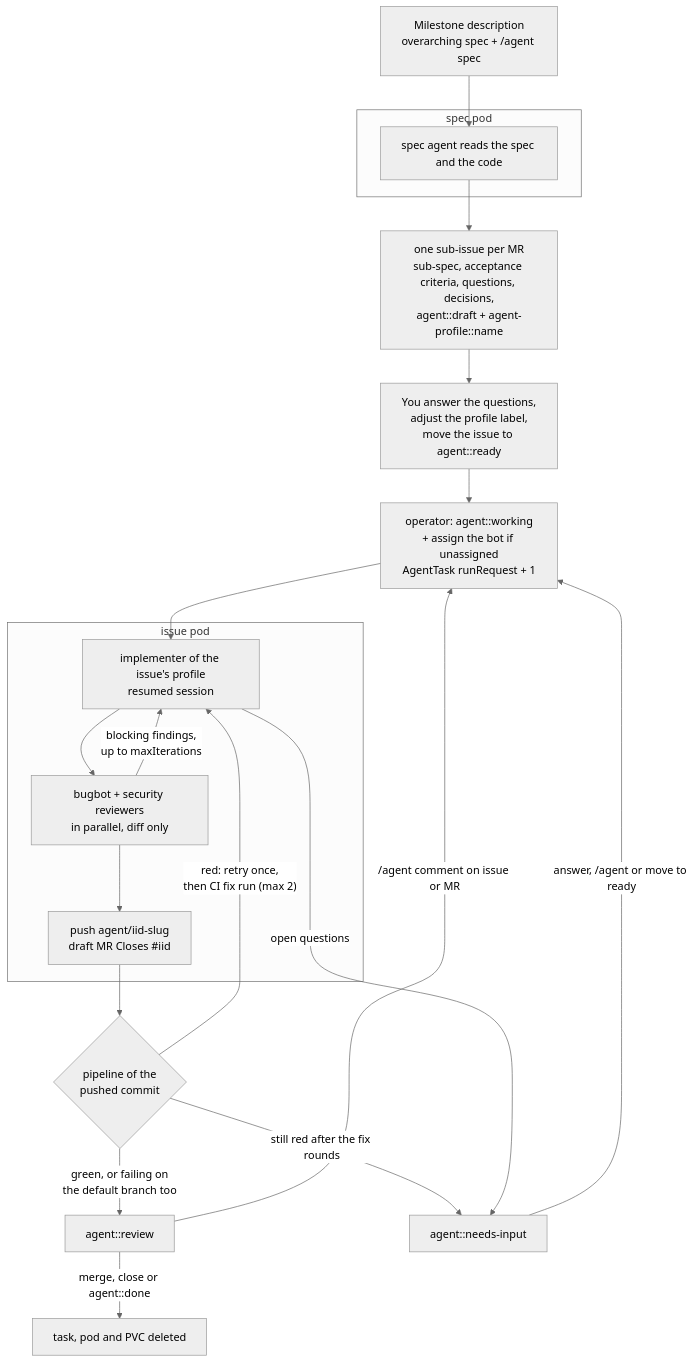
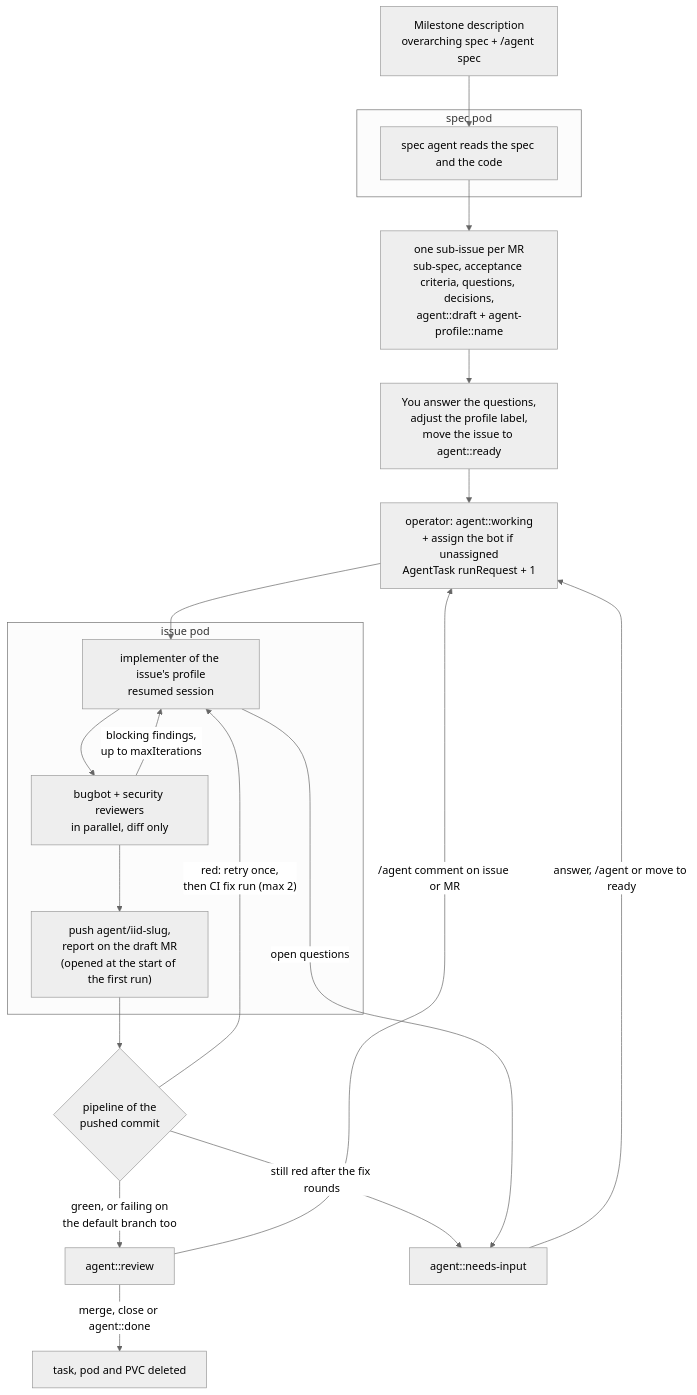
One commit to jonathanwiemers/ai-operator changed the second of 7 diagrams in docs/design.md. Above: the diagram before and after it, drawn with Mermaid (neutral theme). The commit also changed other lines of this file and 18 other files, not shown here.

First line of the commit message:
Open the draft MR at the start and show the run's progress live (#23)

````diff
--- a/docs/design.md
+++ b/docs/design.md
@@ -61,30 +61,30 @@
 ```mermaid
 flowchart TD
     M["Milestone description<br/>overarching spec + /agent spec"] --> SP
 
     subgraph SPEC["spec pod"]
         SP["spec agent reads the spec and the code"]
     end
     SP --> SUB["one sub-issue per MR<br/>sub-spec, acceptance criteria, questions, decisions,<br/>agent::draft + agent-profile::name"]
 
     SUB --> H["You answer the questions,<br/>adjust the profile label,<br/>move the issue to agent::ready"]
     H --> REQ["operator: agent::working<br/>+ assign the bot if unassigned<br/>AgentTask runRequest + 1"]
 
     subgraph IMPL["issue pod"]
         IM["implementer of the issue's profile<br/>resumed session"]
         IM --> RV["bugbot + security reviewers<br/>in parallel, diff only"]
         RV -->|"blocking findings,<br/>up to maxIterations"| IM
-        RV --> PUSH["push agent/iid-slug<br/>draft MR Closes #iid"]
+        RV --> PUSH["push agent/iid-slug,<br/>report on the draft MR<br/>(opened at the start of the first run)"]
     end
 
     REQ --> IM
     PUSH --> CI{"pipeline of the<br/>pushed commit"}
     CI -->|"red: retry once,<br/>then CI fix run (max 2)"| IM
     CI -->|"green, or failing on<br/>the default branch too"| REV["agent::review"]
     CI -->|"still red after the fix rounds"| NI["agent::needs-input"]
     IM -->|"open questions"| NI
 
     REV -->|"/agent comment on issue or MR"| REQ
     NI -->|"answer, /agent or move to ready"| REQ
     REV -->|"merge, close or agent::done"| DONE["task, pod and PVC deleted"]
 ```
````
